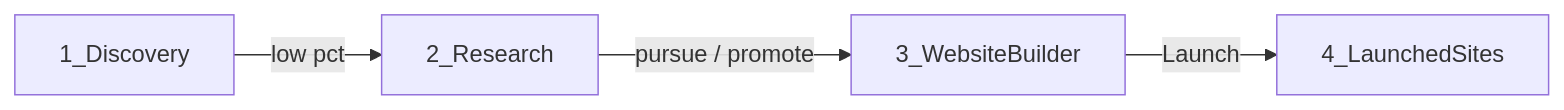
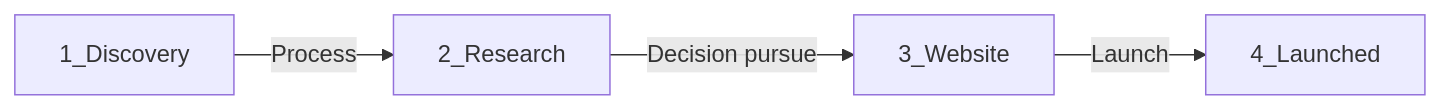
The diagram in docs/PIPELINE-STAGES.md (Gpete4444/city-niche-tracker), drawn with Mermaid before and after one commit. The commit also changed other lines of this file and 26 other files, not shown here.

````diff
--- a/docs/PIPELINE-STAGES.md
+++ b/docs/PIPELINE-STAGES.md
@@ -22,10 +20,10 @@
 ```mermaid
 flowchart LR
   disc[1_Discovery]
   res[2_Research]
-  web[3_WebsiteBuilder]
-  sites[4_LaunchedSites]
-  disc -->|"low pct"| res
-  res -->|"pursue / promote"| web
+  web[3_Website]
+  sites[4_Launched]
+  disc -->|"Process"| res
+  res -->|"Decision pursue"| web
   web -->|"Launch"| sites
 ```
````
